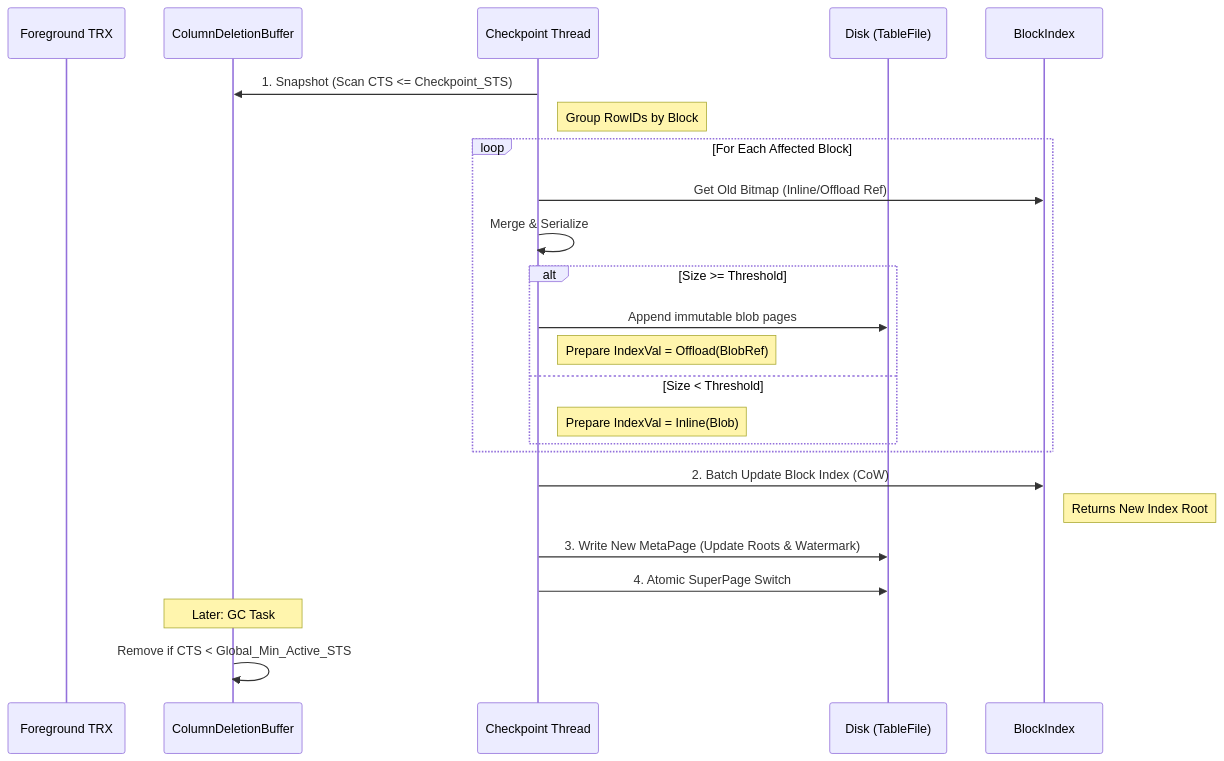
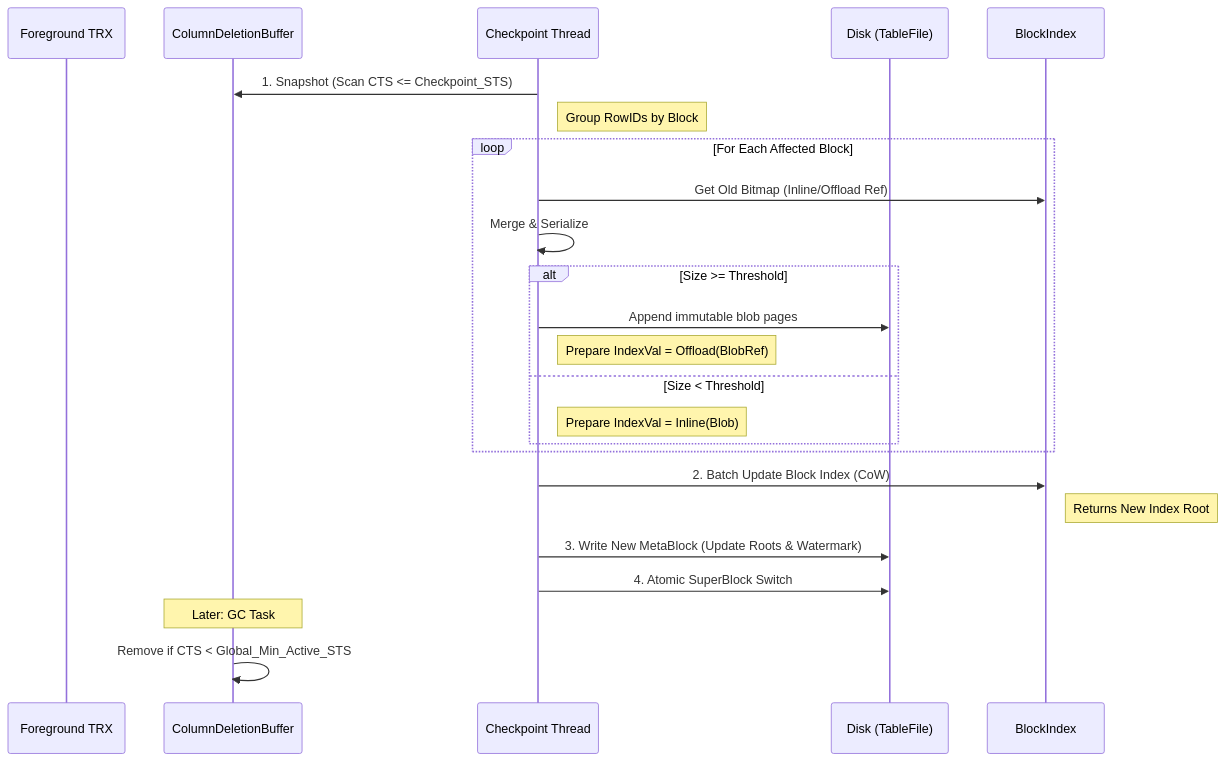
One commit to jiangzhe/doradb changed the diagram in docs/deletion-checkpoint.md. Above: the diagram before and after it, drawn with Mermaid. The commit also changed other lines of this file and 63 other files, not shown here.

````diff
--- a/docs/deletion-checkpoint.md
+++ b/docs/deletion-checkpoint.md
@@ -176,35 +176,35 @@
 ```mermaid
 sequenceDiagram
     participant FG as Foreground TRX
     participant Mem as ColumnDeletionBuffer
     participant CP as Checkpoint Thread
     participant IO as Disk (TableFile)
     participant IDX as BlockIndex
 
     %% Phase 1
     CP->>Mem: 1. Snapshot (Scan CTS <= Checkpoint_STS)
     Note right of CP: Group RowIDs by Block
 
     %% Phase 2 & 3
     loop For Each Affected Block
         CP->>IDX: Get Old Bitmap (Inline/Offload Ref)
         CP->>CP: Merge & Serialize
         alt Size >= Threshold
             CP->>IO: Append immutable blob pages
             Note right of CP: Prepare IndexVal = Offload(BlobRef)
         else Size < Threshold
             Note right of CP: Prepare IndexVal = Inline(Blob)
         end
     end
 
     CP->>IDX: 2. Batch Update Block Index (CoW)
     Note right of IDX: Returns New Index Root
 
     %% Phase 4
-    CP->>IO: 3. Write New MetaPage (Update Roots & Watermark)
-    CP->>IO: 4. Atomic SuperPage Switch
+    CP->>IO: 3. Write New MetaBlock (Update Roots & Watermark)
+    CP->>IO: 4. Atomic SuperBlock Switch
 
     %% GC (Independent)
     Note over Mem: Later: GC Task
     Mem->>Mem: Remove if CTS < Global_Min_Active_STS
 ```
````
